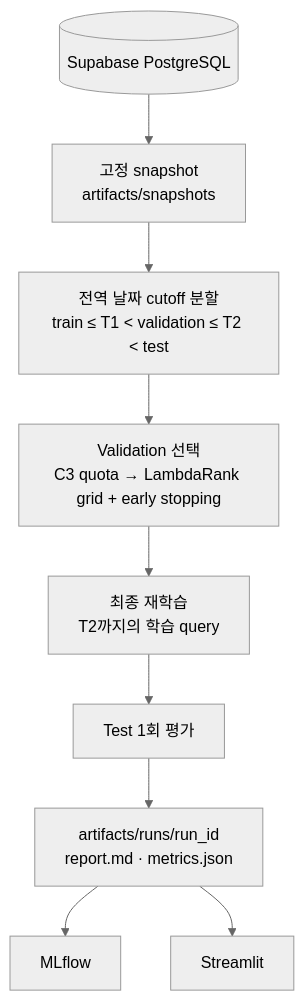
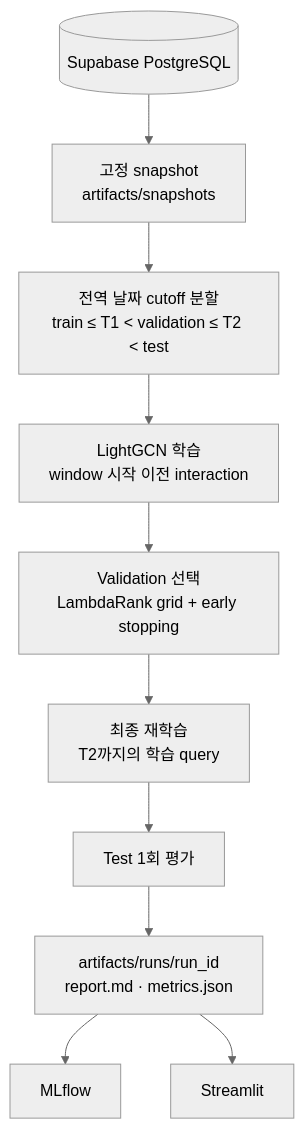
One commit to han942/ai-ds-projects changed the diagram in projects/rating_recsys/BASELINE_MODEL.md. Above: the diagram before and after it, drawn with Mermaid (neutral theme). The commit also changed other lines of this file and 39 other files, not shown here.

Commit message:
- Changing baseline to C1+LightGCN model for Candidate Generation - Aggregating the whole CLI/comparision/etc... codes into one - Discovering results by implementing DeepCoNN, which returns poor results.

````diff
--- a/projects/rating_recsys/BASELINE_MODEL.md
+++ b/projects/rating_recsys/BASELINE_MODEL.md
@@ -21,11 +29,12 @@
 ```mermaid
 flowchart TD
     DB[(Supabase PostgreSQL)] --> S[고정 snapshot<br/>artifacts/snapshots]
     S --> P[전역 날짜 cutoff 분할<br/>train ≤ T1 < validation ≤ T2 < test]
-    P --> V[Validation 선택<br/>C3 quota → LambdaRank grid + early stopping]
+    P --> G[LightGCN 학습<br/>window 시작 이전 interaction]
+    G --> V[Validation 선택<br/>LambdaRank grid + early stopping]
     V --> F[최종 재학습<br/>T2까지의 학습 query]
     F --> T[Test 1회 평가]
     T --> A[artifacts/runs/run_id<br/>report.md · metrics.json]
     A --> M[MLflow]
     A --> UI[Streamlit]
 ```
````
